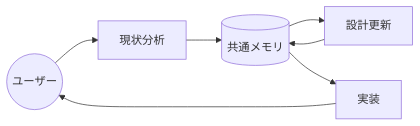
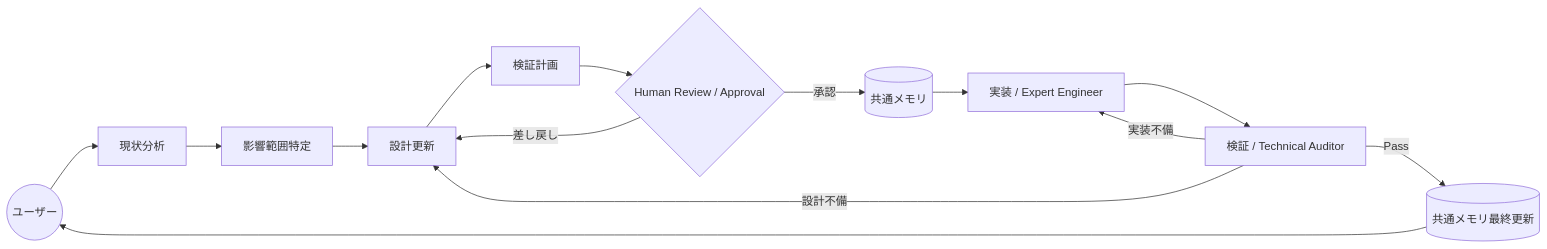
The second of 2 diagrams in docs/standards/development-standard.md (mezzotokyo/Ollama-Study-docs), drawn with Mermaid before and after one commit. The commit also changed other lines of this file and 2 other files, not shown here.

````diff
--- a/docs/standards/development-standard.md
+++ b/docs/standards/development-standard.md
@@ -93,9 +109,16 @@
 ```mermaid
 graph LR
     User((ユーザー)) --> D[現状分析]
     D --> F[影響範囲特定]
     F --> C[設計更新]
-    C --> F[(共通メモリ)]
-    F --> E[実装]
-    E --> User
+    C --> V[検証計画]
+    V --> H{Human Review / Approval}
+    H -->|承認| M[(共通メモリ)]
+    H -->|差し戻し| C
+    M --> E[実装 / Expert Engineer]
+    E --> AU[検証 / Technical Auditor]
+    AU -->|Pass| FM[(共通メモリ最終更新)]
+    AU -->|実装不備| E
+    AU -->|設計不備| C
+    FM --> User
 ```
````
